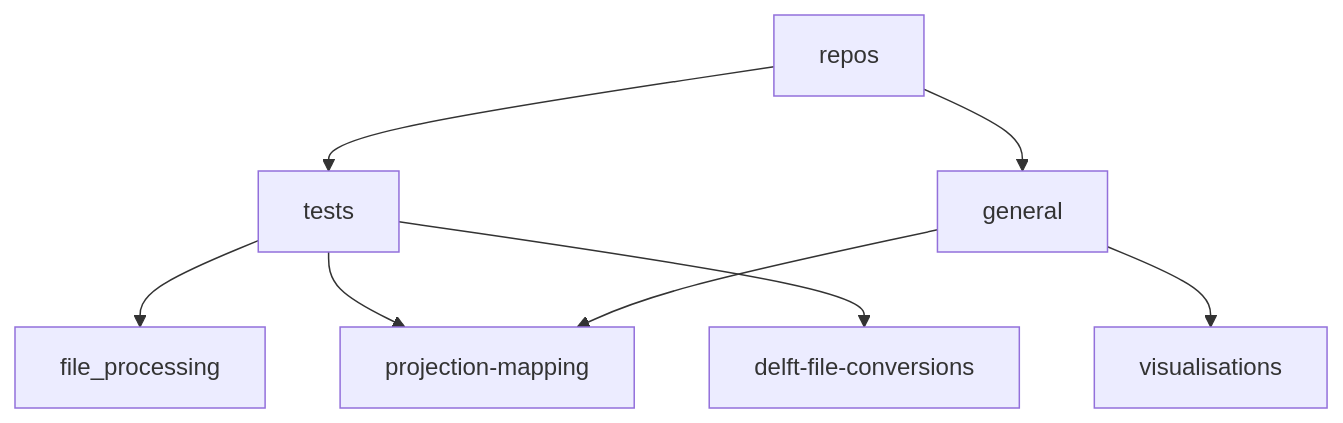
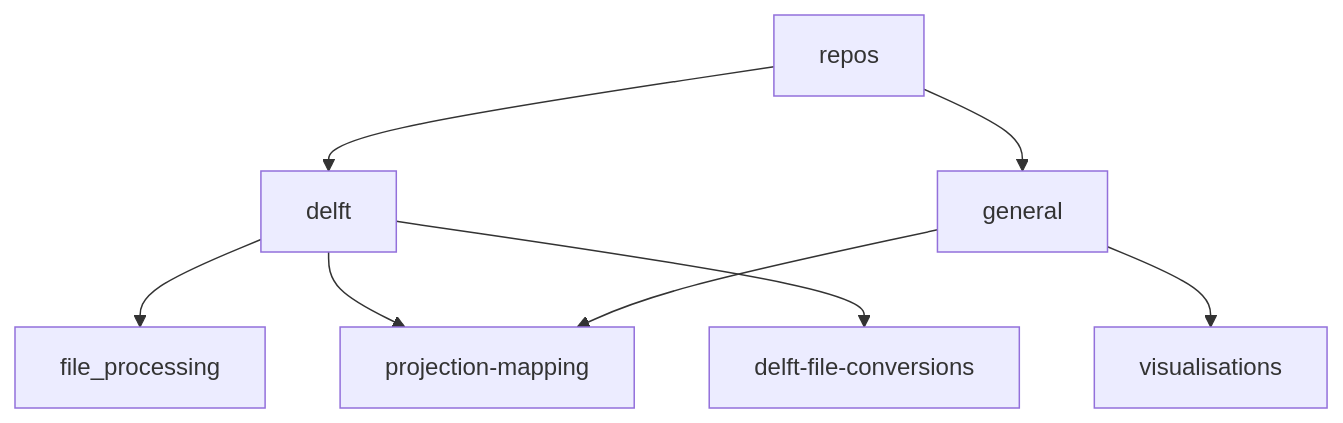
The diagram in README.md (Anchor-Environmental/.github), drawn with Mermaid before and after one commit.

````diff
--- a/README.md
+++ b/README.md
@@ -38,12 +38,12 @@
 ```mermaid
 
 graph TD
-  repos-->delft
-  delft[tests]-->file_processing
-  delft-->projection-mapping
-  delft-->delft-file-conversions
-  repos-->general
-  general-->visualisations
-  general-->projection-mapping
+  A[repos]-->B[delft]
+  B[delft]-->C[file_processing]
+  B-->D[projection-mapping]
+  B-->E[delft-file-conversions]
+  A-->F[general]
+  F-->G[visualisations]
+  F-->D[projection-mapping]
 
 ```
````
